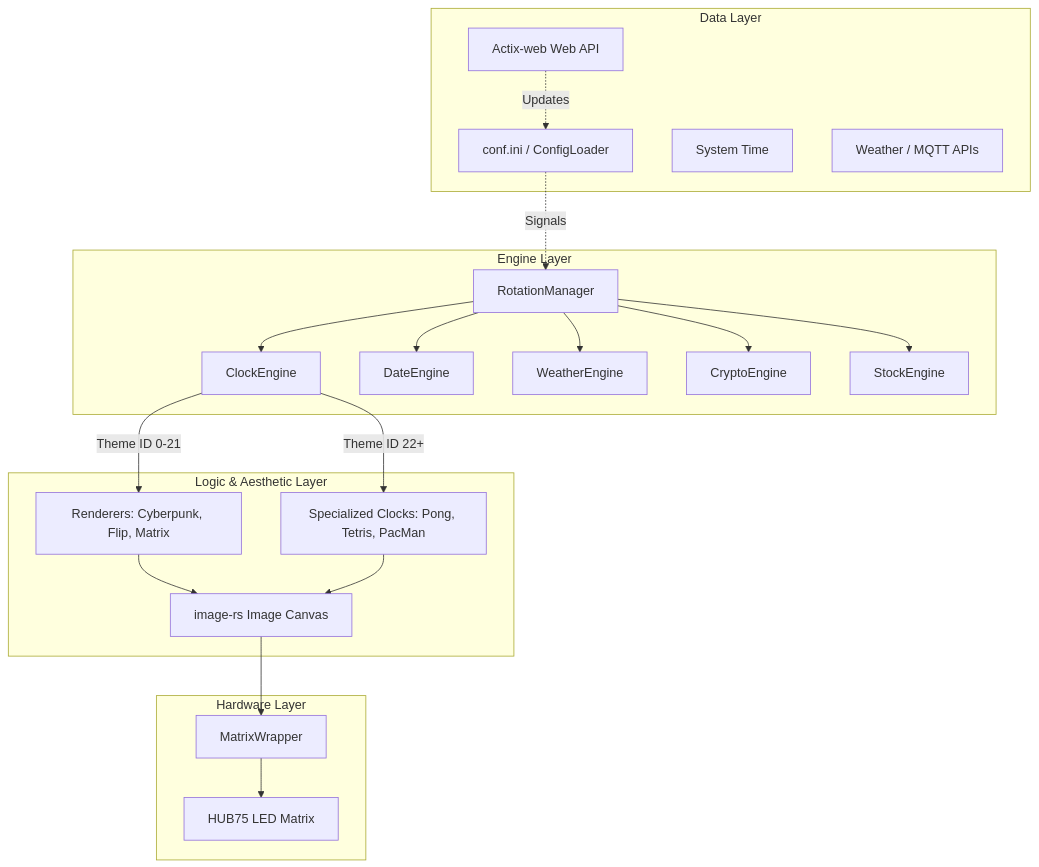
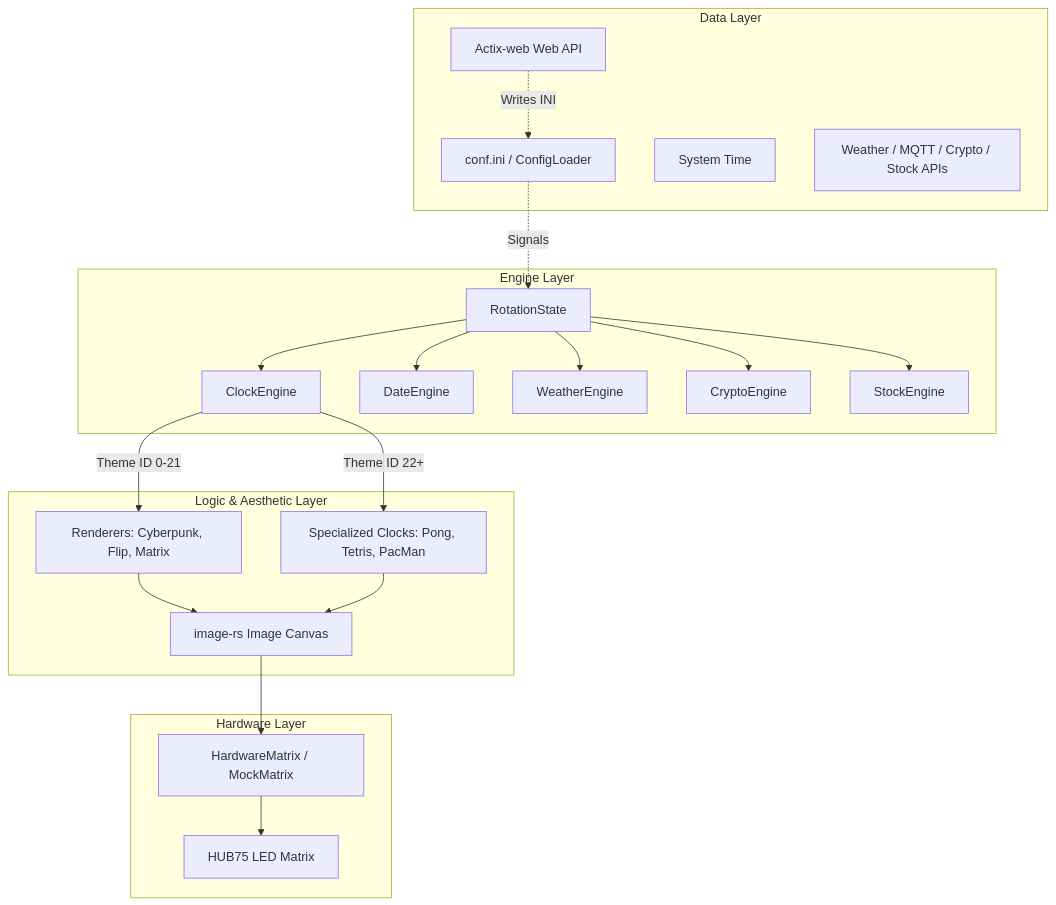
One commit to red77290/ArcadeMatrix_RPI changed the diagram in docs/ARCHITECTURE.md. Above: the diagram before and after it, drawn with Mermaid. The commit also changed other lines of this file and 8 other files, not shown here.

Commit message:
fix(debt): Exhaustive 45-field config round-trip test, reference INI schema validator, & symbol parsing

````diff
--- a/docs/ARCHITECTURE.md
+++ b/docs/ARCHITECTURE.md
@@ -24,34 +24,34 @@
 ```mermaid
 graph TD
     subgraph Data Layer
         API[Actix-web Web API]
         Config[conf.ini / ConfigLoader]
         Time[System Time]
-        Network[Weather / MQTT APIs]
+        Network[Weather / MQTT / Crypto / Stock APIs]
     end
 
     subgraph Engine Layer
-        Rot[RotationManager]
+        Rot[RotationState]
         ClockE[ClockEngine]
         DateE[DateEngine]
         WeathE[WeatherEngine]
         CryptoE[CryptoEngine]
         StockE[StockEngine]
         Rot --> ClockE & DateE & WeathE & CryptoE & StockE
     end
 
     subgraph Logic & Aesthetic Layer
         ClockE -->|Theme ID 0-21| Renderers[Renderers: Cyberpunk, Flip, Matrix]
         ClockE -->|Theme ID 22+| SpClocks[Specialized Clocks: Pong, Tetris, PacMan]
         Renderers --> Pil[image-rs Image Canvas]
         SpClocks --> Pil
     end
 
     subgraph Hardware Layer
-        Pil --> Wrapper[MatrixWrapper]
+        Pil --> Wrapper[HardwareMatrix / MockMatrix]
         Wrapper --> Hardware[HUB75 LED Matrix]
     end
 
-    API -.->|Updates| Config
+    API -.->|Writes INI| Config
     Config -.->|Signals| Rot
 ```
````
